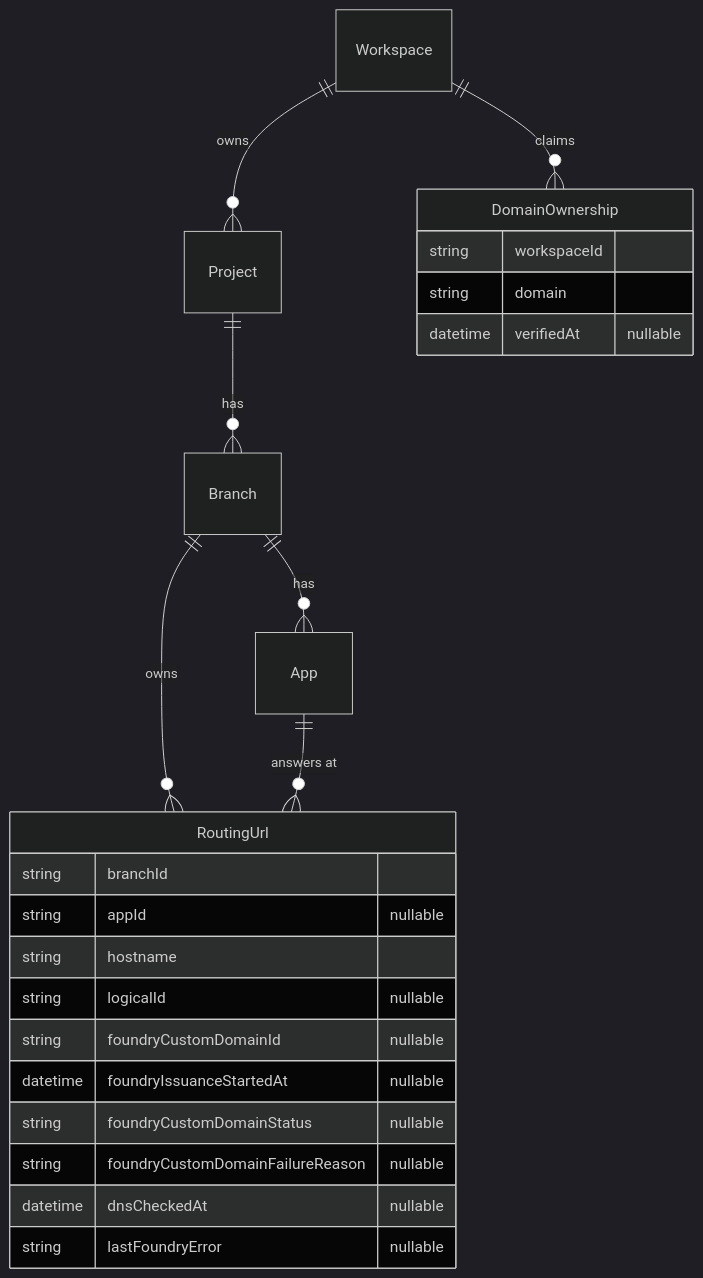
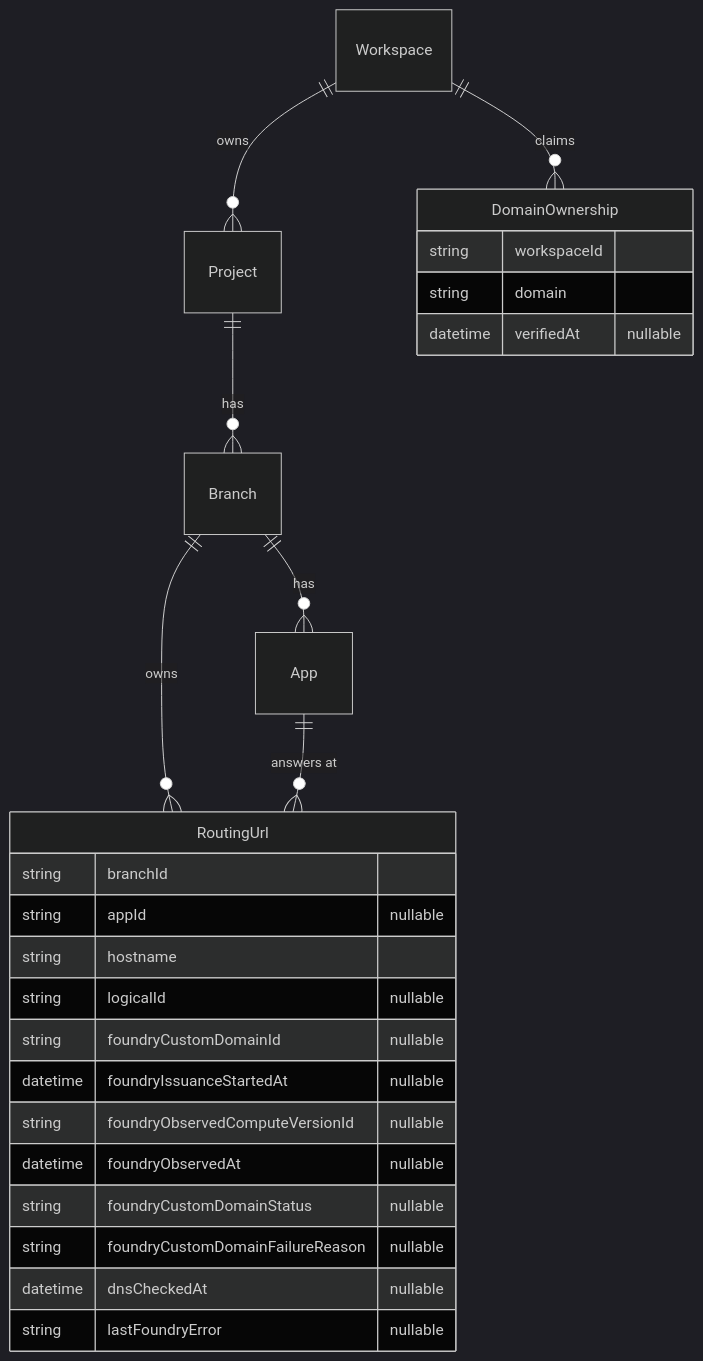
One commit to prisma/composer changed the diagram in docs/design/05-prisma-cloud/public-urls/platform-routing-urls.md. Above: the diagram before and after it, drawn with Mermaid (dark theme). The commit also changed other lines of this file and 1 other file, not shown here.

Commit message:
docs(design): refresh the platform copies with the observed columns

````diff
--- a/docs/design/05-prisma-cloud/public-urls/platform-routing-urls.md
+++ b/docs/design/05-prisma-cloud/public-urls/platform-routing-urls.md
@@ -14,26 +14,28 @@
 ```mermaid
 erDiagram
   Workspace ||--o{ Project : owns
   Workspace ||--o{ DomainOwnership : claims
   Project ||--o{ Branch : has
   Branch ||--o{ App : has
   Branch ||--o{ RoutingUrl : owns
   App ||--o{ RoutingUrl : "answers at"
   RoutingUrl {
     string branchId
     string appId "nullable"
     string hostname
     string logicalId "nullable"
     string foundryCustomDomainId "nullable"
     datetime foundryIssuanceStartedAt "nullable"
+    string foundryObservedComputeVersionId "nullable"
+    datetime foundryObservedAt "nullable"
     string foundryCustomDomainStatus "nullable"
     string foundryCustomDomainFailureReason "nullable"
     datetime dnsCheckedAt "nullable"
     string lastFoundryError "nullable"
   }
   DomainOwnership {
     string workspaceId
     string domain
     datetime verifiedAt "nullable"
   }
 ```
````
